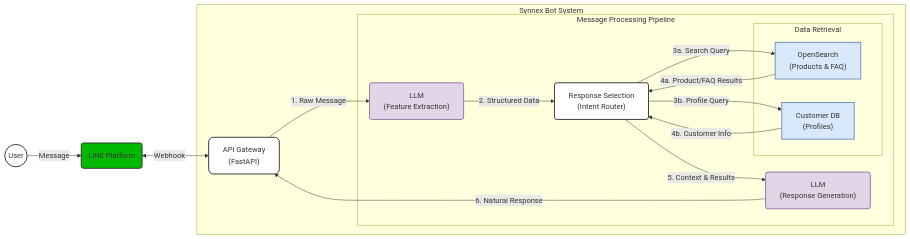
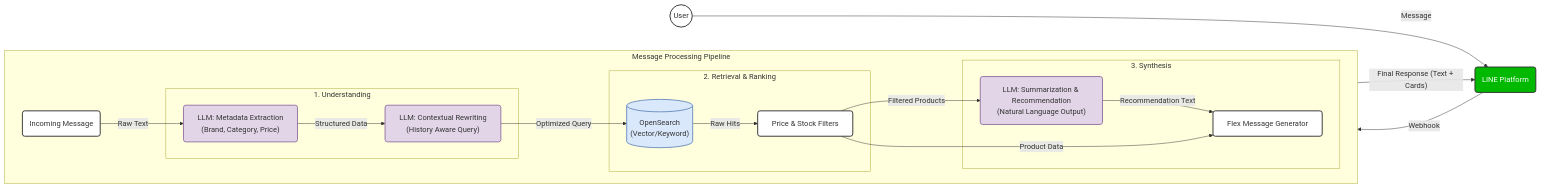
One commit to JimTaeH/sample-md changed the diagram in high_level_system_diagram.md. Above: the diagram before and after it, drawn with Mermaid. The commit also changed other lines of this file and 2 other files, not shown here.

Commit message:
Upload high level upgrade

````diff
--- a/high_level_system_diagram.md
+++ b/high_level_system_diagram.md
@@ -5,46 +5,51 @@
 ```mermaid
 graph LR
     %% Styles
     classDef user fill:#fff,stroke:#333,stroke-width:2px;
-    classDef platform fill:#00b900,stroke:#333,stroke-width:2px,color:white; %% LINE Green
-    classDef service fill:#fff,stroke:#333,stroke-width:2px,rx:10,ry:10;
+    classDef platform fill:#00b900,stroke:#333,stroke-width:2px,color:white;
+    classDef llm fill:#e1d5e7,stroke:#9673a6,stroke-width:2px,rx:5,ry:5;
+    classDef db fill:#dae8fc,stroke:#6c8ebf,stroke-width:2px,shape:cylinder;
     classDef logic fill:#fff,stroke:#333,stroke-width:2px,rx:5,ry:5;
-    classDef llm fill:#e1d5e7,stroke:#9673a6,stroke-width:2px,rx:5,ry:5; %% Purple for AI
-    classDef db fill:#dae8fc,stroke:#6c8ebf,stroke-width:2px,shape:cylinder; %% Blue for Data
-
+    
     %% Nodes
     User(("User")):::user
     LINE("LINE Platform"):::platform
     
-    subgraph SynnexBot["Synnex Bot System"]
-        API["API Gateway<br>(FastAPI)"]:::service
+    subgraph Processing["Message Processing Pipeline"]
+        direction LR
         
-        subgraph Processing["Message Processing Pipeline"]
-            Extract["LLM<br>(Feature Extraction)"]:::llm
-            Router["Response Selection<br>(Intent Router)"]:::logic
-            
-            subgraph Retrieval["Data Retrieval"]
-                Search["OpenSearch<br>(Products & FAQ)"]:::db
-                CustomerDB["Customer DB<br>(Profiles)"]:::db
-            end
-            
-            Generate["LLM<br>(Response Generation)"]:::llm
+        Input("Incoming Message"):::logic
+        
+        subgraph Understanding["1. Understanding"]
+            LLM_Extract["LLM: Metadata Extraction<br>(Brand, Category, Price)"]:::llm
+            LLM_Rewrite["LLM: Contextual Rewriting<br>(History Aware Query)"]:::llm
+        end
+        
+        subgraph Retrieval["2. Retrieval & Ranking"]
+            OpenSearch[("OpenSearch<br>(Vector/Keyword)")]:::db
+            Rules["Price & Stock Filters"]:::logic
+        end
+        
+        subgraph Synthesis["3. Synthesis"]
+            LLM_Sum["LLM: Summarization & Recommendation<br>(Natural Language Output)"]:::llm
+            CardGen["Flex Message Generator"]:::logic
         end
     end
 
     %% Flow
     User -->|Message| LINE
-    LINE <-->|Webhook| API
+    LINE -->|Webhook| Input
     
-    API -->|"1. Raw Message"| Extract
-    Extract -->|"2. Structured Data"| Router
+    Input -->|"Raw Text"| LLM_Extract
+    LLM_Extract -->|"Structured Data"| LLM_Rewrite
     
-    Router -->|"3a. Search Query"| Search
-    Router -->|"3b. Profile Query"| CustomerDB
+    LLM_Rewrite -->|"Optimized Query"| OpenSearch
     
-    Search -->|"4a. Product/FAQ Results"| Router
-    CustomerDB -->|"4b. Customer Info"| Router
+    OpenSearch -->|"Raw Hits"| Rules
+    Rules -->|"Filtered Products"| LLM_Sum
     
-    Router -->|"5. Context & Results"| Generate
-    Generate -->|"6. Natural Response"| API
+    LLM_Sum -->|"Recommendation Text"| CardGen
+    Rules -->|"Product Data"| CardGen
+    
+    CardGen -->|"Final Response (Text + Cards)"| LINE
 ```
````
